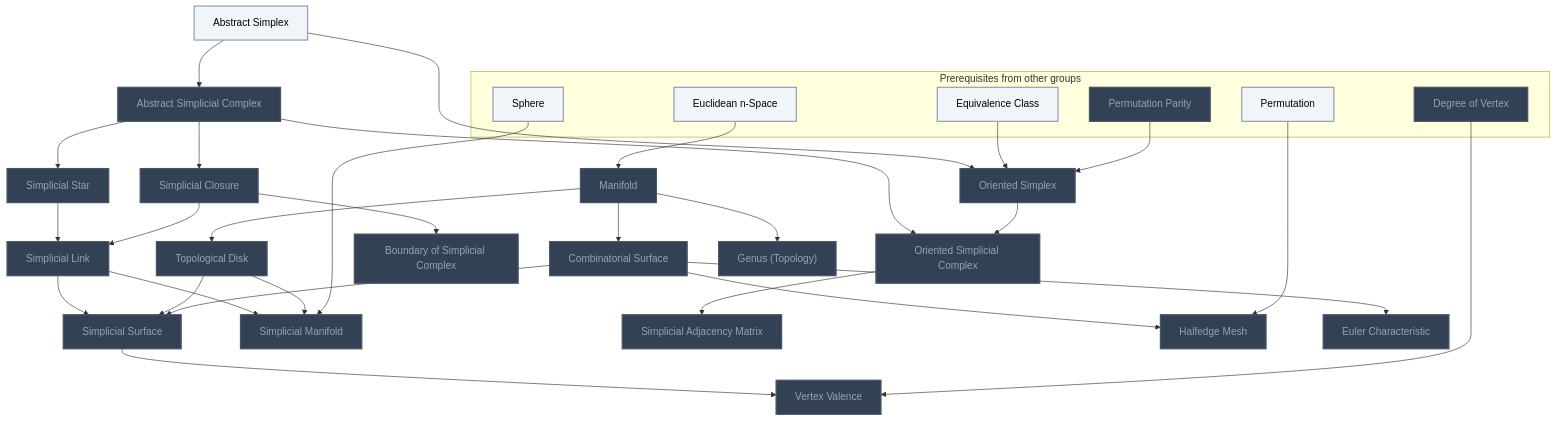
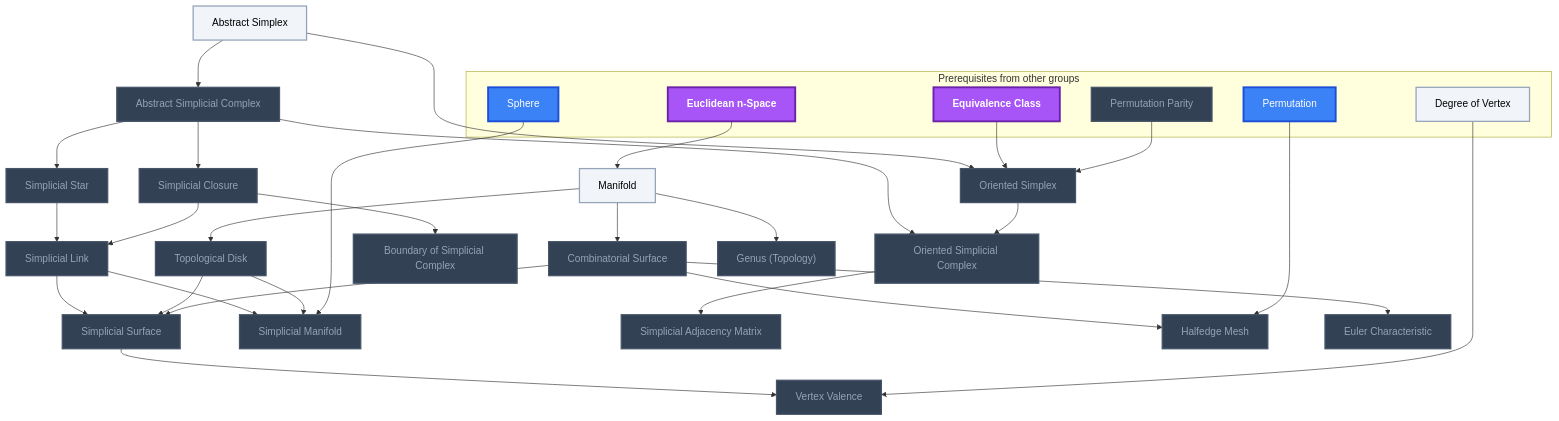
One commit to MRauf1/My-Notes changed the fourth of 21 diagrams in Gamification/Skill Trees/Differential Geometry.md. Above: the diagram before and after it, drawn with Mermaid. The commit also changed other lines of this file and 145 other files, not shown here.

````diff
--- a/Gamification/Skill Trees/Differential Geometry.md
+++ b/Gamification/Skill Trees/Differential Geometry.md
@@ -428,68 +433,70 @@
 ```mermaid
 flowchart TD
     classDef planned fill:#1E293B,stroke:#64748B,stroke-width:2px,stroke-dasharray:5 5,color:#94A3B8;
     classDef locked fill:#334155,stroke:#475569,stroke-width:2px,color:#94A3B8;
     classDef L0 fill:#F1F5F9,stroke:#94A3B8,stroke-width:2px,color:#000000;
     classDef L1 fill:#22C55E,stroke:#15803D,stroke-width:2px,color:#000000;
     classDef L2 fill:#3B82F6,stroke:#1D4ED8,stroke-width:3px,color:#FFFFFF;
     classDef L3 fill:#A855F7,stroke:#6B21A8,stroke-width:3px,color:#FFFFFF,font-weight:bold;
     classDef L4 fill:#F97316,stroke:#C2410C,stroke-width:4px,color:#000000,font-weight:bold;
     classDef L5 fill:#FFD700,stroke:#FF8C00,stroke-width:5px,color:#000000,font-weight:bold;
     classDef rusty stroke:#8B4513,stroke-width:4px,stroke-dasharray:3 3;
     subgraph sg_prereqs["Prerequisites from other groups"]
         n_euclidean_n_space["Euclidean n-Space"]
         n_equivalence_class["Equivalence Class"]
         n_permutation_parity["Permutation Parity"]
         n_sphere["Sphere"]
         n_permutation["Permutation"]
         n_degree_of_vertex["Degree of Vertex"]
     end
     n_manifold["Manifold"]
     n_topological_disk["Topological Disk"]
     n_combinatorial_surface["Combinatorial Surface"]
     n_abstract_simplex["Abstract Simplex"]
     n_abstract_simplicial_complex["Abstract Simplicial Complex"]
     n_simplicial_star["Simplicial Star"]
     n_simplicial_closure["Simplicial Closure"]
     n_simplicial_link["Simplicial Link"]
     n_boundary_of_simplicial_complex["Boundary of Simplicial Complex"]
     n_oriented_simplex["Oriented Simplex"]
     n_oriented_simplicial_complex["Oriented Simplicial Complex"]
     n_simplicial_surface["Simplicial Surface"]
     n_simplicial_manifold["Simplicial Manifold"]
     n_simplicial_adjacency_matrix["Simplicial Adjacency Matrix"]
     n_halfedge_mesh["Halfedge Mesh"]
     n_genus_topology["Genus (Topology)"]
     n_euler_characteristic["Euler Characteristic"]
     n_vertex_valence["Vertex Valence"]
     n_euclidean_n_space --> n_manifold
     n_manifold --> n_topological_disk
     n_manifold --> n_combinatorial_surface
     n_abstract_simplex --> n_abstract_simplicial_complex
     n_abstract_simplicial_complex --> n_simplicial_star
     n_abstract_simplicial_complex --> n_simplicial_closure
     n_simplicial_star --> n_simplicial_link
     n_simplicial_closure --> n_simplicial_link
     n_simplicial_closure --> n_boundary_of_simplicial_complex
     n_abstract_simplex --> n_oriented_simplex
     n_equivalence_class --> n_oriented_simplex
     n_permutation_parity --> n_oriented_simplex
     n_abstract_simplicial_complex --> n_oriented_simplicial_complex
     n_oriented_simplex --> n_oriented_simplicial_complex
     n_simplicial_link --> n_simplicial_surface
     n_topological_disk --> n_simplicial_surface
     n_combinatorial_surface --> n_simplicial_surface
     n_simplicial_link --> n_simplicial_manifold
     n_topological_disk --> n_simplicial_manifold
     n_sphere --> n_simplicial_manifold
     n_oriented_simplicial_complex --> n_simplicial_adjacency_matrix
     n_combinatorial_surface --> n_halfedge_mesh
     n_permutation --> n_halfedge_mesh
     n_manifold --> n_genus_topology
     n_combinatorial_surface --> n_euler_characteristic
     n_simplicial_surface --> n_vertex_valence
     n_degree_of_vertex --> n_vertex_valence
-    class n_permutation_parity,n_degree_of_vertex,n_manifold,n_topological_disk,n_combinatorial_surface,n_abstract_simplicial_complex,n_simplicial_star,n_simplicial_closure,n_simplicial_link,n_boundary_of_simplicial_complex,n_oriented_simplex,n_oriented_simplicial_complex,n_simplicial_surface,n_simplicial_manifold,n_simplicial_adjacency_matrix,n_halfedge_mesh,n_genus_topology,n_euler_characteristic,n_vertex_valence locked;
-    class n_euclidean_n_space,n_equivalence_class,n_sphere,n_permutation,n_abstract_simplex L0;
+    class n_permutation_parity,n_topological_disk,n_combinatorial_surface,n_abstract_simplicial_complex,n_simplicial_star,n_simplicial_closure,n_simplicial_link,n_boundary_of_simplicial_complex,n_oriented_simplex,n_oriented_simplicial_complex,n_simplicial_surface,n_simplicial_manifold,n_simplicial_adjacency_matrix,n_halfedge_mesh,n_genus_topology,n_euler_characteristic,n_vertex_valence locked;
+    class n_degree_of_vertex,n_manifold,n_abstract_simplex L0;
+    class n_sphere,n_permutation L2;
+    class n_euclidean_n_space,n_equivalence_class L3;
     class n_euclidean_n_space,n_equivalence_class,n_permutation_parity,n_sphere,n_permutation,n_degree_of_vertex,n_manifold,n_topological_disk,n_combinatorial_surface,n_abstract_simplex,n_abstract_simplicial_complex,n_simplicial_star,n_simplicial_closure,n_simplicial_link,n_boundary_of_simplicial_complex,n_oriented_simplex,n_oriented_simplicial_complex,n_simplicial_surface,n_simplicial_manifold,n_simplicial_adjacency_matrix,n_halfedge_mesh,n_genus_topology,n_euler_characteristic,n_vertex_valence internal-link;
 ```
````
